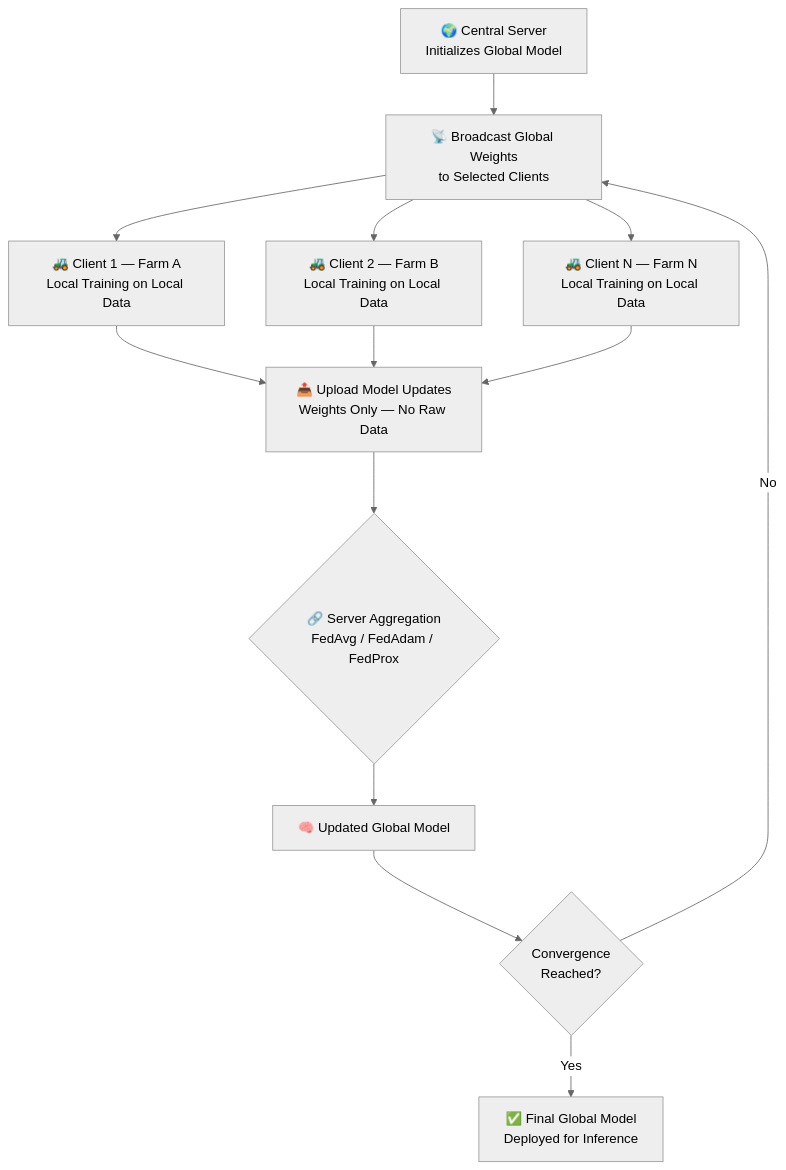
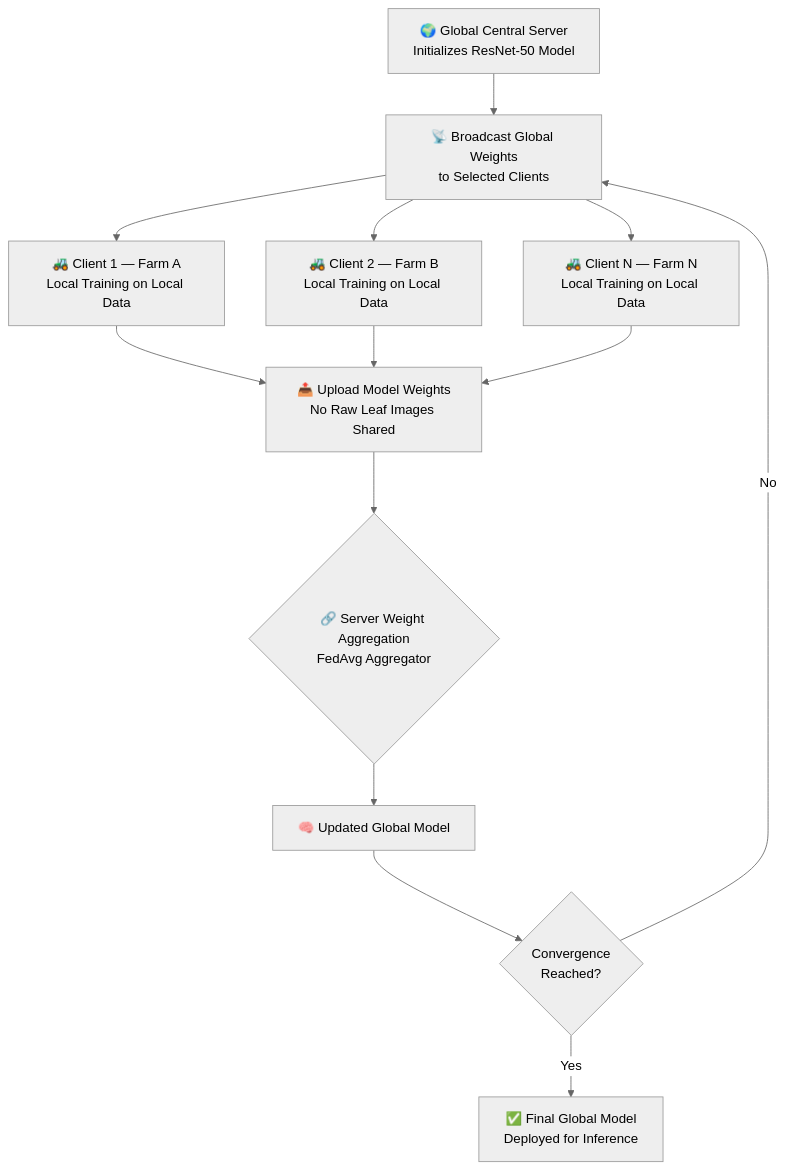
The diagram in README.md (AnushkaSarviya/Federated-Learning-Crop-Disease-Detection), drawn with Mermaid (neutral theme) before and after one commit. The commit also changed other lines of this file and 16 other files, not shown here.

````diff
--- a/README.md
+++ b/README.md
@@ -86,15 +70,15 @@
 ```mermaid
 flowchart TD
-    A[🌍 Central Server\nInitializes Global Model] --> B[📡 Broadcast Global Weights\nto Selected Clients]
+    A[🌍 Global Central Server\nInitializes ResNet-50 Model] --> B[📡 Broadcast Global Weights\nto Selected Clients]
     B --> C1[🚜 Client 1 — Farm A\nLocal Training on Local Data]
     B --> C2[🚜 Client 2 — Farm B\nLocal Training on Local Data]
     B --> C3[🚜 Client N — Farm N\nLocal Training on Local Data]
-    C1 --> D[📤 Upload Model Updates\nWeights Only — No Raw Data]
+    C1 --> D[📤 Upload Model Weights\nNo Raw Leaf Images Shared]
     C2 --> D
     C3 --> D
-    D --> E{🔗 Server Aggregation\nFedAvg / FedAdam / FedProx}
+    D --> E{🔗 Server Weight Aggregation\nFedAvg Aggregator}
     E --> F[🧠 Updated Global Model]
     F --> G{Convergence\nReached?}
     G -- No --> B
     G -- Yes --> H[✅ Final Global Model\nDeployed for Inference]
 ```
````
